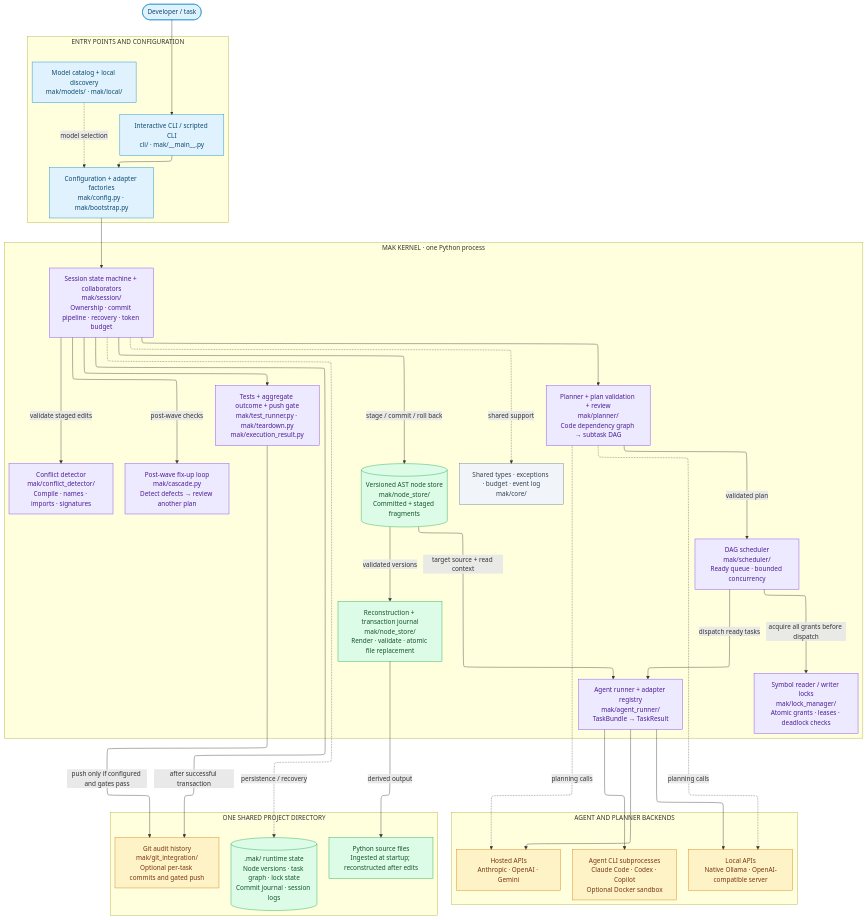
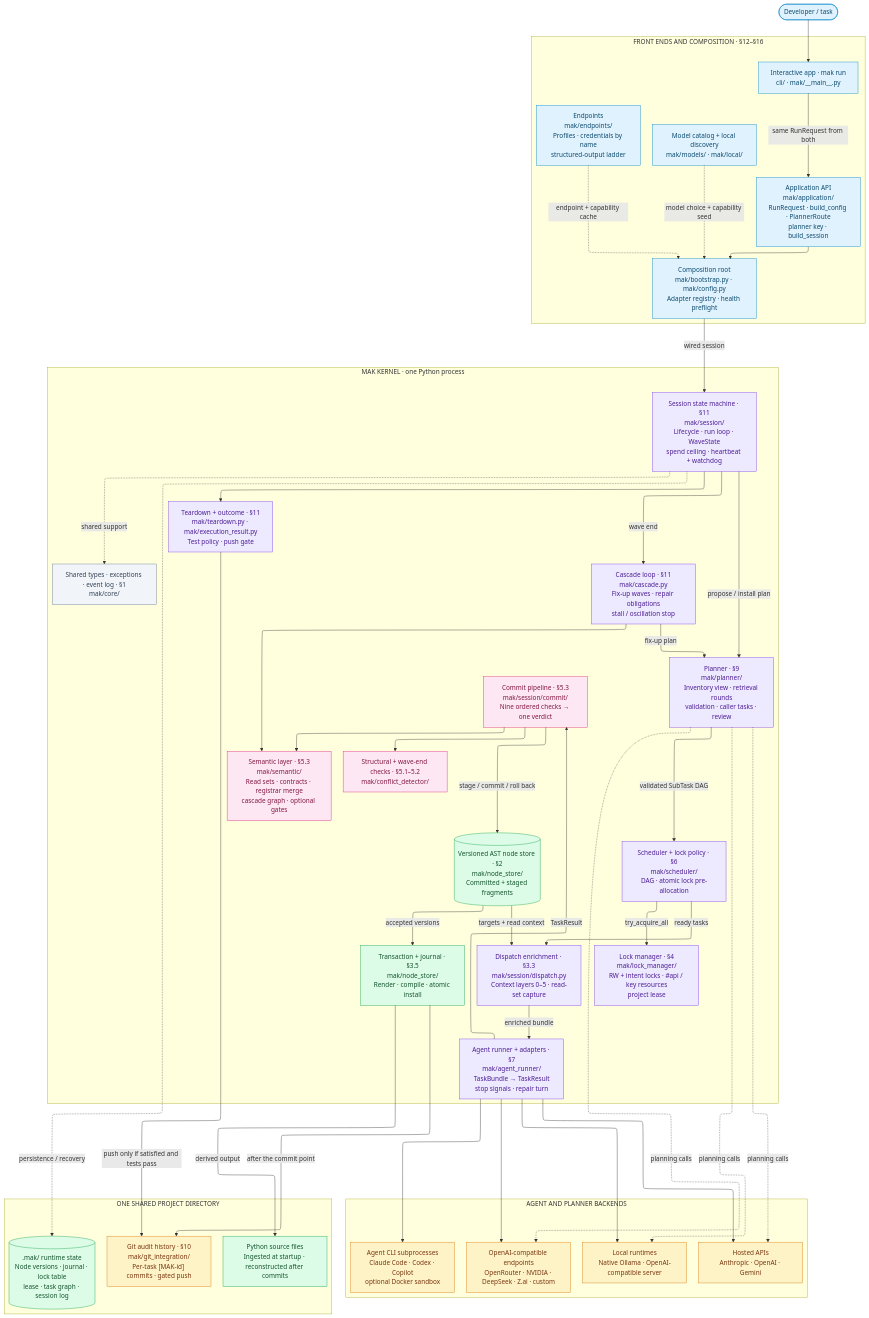
Before and after one commit to chaseungjoon/multi-agent-kernel: the diagram in diagram/architecture.mmd, drawn with Mermaid. The commit also changed 6 other files, not shown here.

Commit message:
Update diagrams

```diff
--- a/diagram/architecture.mmd
+++ b/diagram/architecture.mmd
@@ -1,74 +1,89 @@
 ---
 config:
   layout: elk
 ---
-%% Component architecture. Arrows show calls or data flow; dotted lines show support.
+%% Component architecture. Solid arrows show calls or data flow; dotted lines show support.
 flowchart TB
     user([Developer / task])
 
-    subgraph entry["ENTRY POINTS AND CONFIGURATION"]
+    subgraph entry["FRONT ENDS AND COMPOSITION · §12–§16"]
         direction LR
-        cli["Interactive CLI / scripted CLI<br/>cli/ · mak/__main__.py"]
-        setup["Configuration + adapter factories<br/>mak/config.py · mak/bootstrap.py"]
-        models["Model catalog + local discovery<br/>mak/models/ · mak/local/"]
-        cli --> setup
-        models -. model selection .-> setup
+        cli["Interactive app · mak run<br/>cli/ · mak/__main__.py"]
+        app["Application API<br/>mak/application/<br/>RunRequest · build_config · PlannerRoute<br/>planner key · build_session"]
+        boot["Composition root<br/>mak/bootstrap.py · mak/config.py<br/>Adapter registry · health preflight"]
+        catalog["Model catalog + local discovery<br/>mak/models/ · mak/local/"]
+        endpoints["Endpoints<br/>mak/endpoints/<br/>Profiles · credentials by name<br/>structured-output ladder"]
+        cli -->|same RunRequest from both| app
+        app --> boot
+        catalog -. model choice + capability seed .-> boot
+        endpoints -. endpoint + capability cache .-> boot
     end
 
     subgraph kernel["MAK KERNEL · one Python process"]
-        session["Session state machine + collaborators<br/>mak/session/<br/>Ownership · commit pipeline · recovery · token budget"]
-        planner["Planner + plan validation + review<br/>mak/planner/<br/>Code dependency graph → subtask DAG"]
-        scheduler["DAG scheduler<br/>mak/scheduler/<br/>Ready queue · bounded concurrency"]
-        locks["Symbol reader / writer locks<br/>mak/lock_manager/<br/>Atomic grants · leases · deadlock checks"]
-        runner["Agent runner + adapter registry<br/>mak/agent_runner/<br/>TaskBundle → TaskResult"]
-        detector["Conflict detector<br/>mak/conflict_detector/<br/>Compile · names · imports · signatures"]
-        store[("Versioned AST node store<br/>mak/node_store/<br/>Committed + staged fragments")]
-        materialize["Reconstruction + transaction journal<br/>mak/node_store/<br/>Render · validate · atomic file replacement"]
-        cascade["Post-wave fix-up loop<br/>mak/cascade.py<br/>Detect defects → review another plan"]
-        teardown["Tests + aggregate outcome + push gate<br/>mak/test_runner.py · mak/teardown.py<br/>mak/execution_result.py"]
-        core["Shared types · exceptions · budget · event log<br/>mak/core/"]
+        session["Session state machine · §11<br/>mak/session/<br/>Lifecycle · run loop · WaveState<br/>spend ceiling · heartbeat + watchdog"]
+        planner["Planner · §9<br/>mak/planner/<br/>Inventory view · retrieval rounds<br/>validation · caller tasks · review"]
+        scheduler["Scheduler + lock policy · §6<br/>mak/scheduler/<br/>DAG · atomic lock pre-allocation"]
+        locks["Lock manager · §4<br/>mak/lock_manager/<br/>RW + intent locks · #api / key resources<br/>project lease"]
+        dispatch["Dispatch enrichment · §3.3<br/>mak/session/dispatch.py<br/>Context layers 0–5 · read-set capture"]
+        runner["Agent runner + adapters · §7<br/>mak/agent_runner/<br/>TaskBundle → TaskResult<br/>stop signals · repair turn"]
+        pipeline["Commit pipeline · §5.3<br/>mak/session/commit/<br/>Nine ordered checks → one verdict"]
+        semantic["Semantic layer · §5.3<br/>mak/semantic/<br/>Read sets · contracts · registrar merge<br/>cascade graph · optional gates"]
+        detector["Structural + wave-end checks · §5.1–5.2<br/>mak/conflict_detector/"]
+        store[("Versioned AST node store · §2<br/>mak/node_store/<br/>Committed + staged fragments")]
+        txn["Transaction + journal · §3.5<br/>mak/node_store/<br/>Render · compile · atomic install"]
+        cascade["Cascade loop · §11<br/>mak/cascade.py<br/>Fix-up waves · repair obligations<br/>stall / oscillation stop"]
+        teardown["Teardown + outcome · §11<br/>mak/teardown.py · mak/execution_result.py<br/>Test policy · push gate"]
+        core["Shared types · exceptions · event log · §1<br/>mak/core/"]
 
-        session --> planner
-        planner -->|validated plan| scheduler
-        scheduler -->|acquire all grants before dispatch| locks
-        scheduler -->|dispatch ready tasks| runner
-        store -->|target source + read context| runner
-        session -->|validate staged edits| detector
-        session -->|stage / commit / roll back| store
-        store -->|validated versions| materialize
+        session -->|propose / install plan| planner
+        planner -->|validated SubTask DAG| scheduler
+        scheduler -->|try_acquire_all| locks
+        scheduler -->|ready tasks| dispatch
+        store -->|targets + read context| dispatch
+        dispatch -->|enriched bundle| runner
+        runner -->|TaskResult| pipeline
+        pipeline --> semantic
+        pipeline --> detector
+        pipeline -->|stage / commit / roll back| store
+        store -->|accepted versions| txn
+        session -->|wave end| cascade
+        cascade -->|fix-up plan| planner
+        cascade --> semantic
         session --> teardown
-        session -->|post-wave checks| cascade
         session -. shared support .-> core
     end
 
     subgraph backends["AGENT AND PLANNER BACKENDS"]
-        api["Hosted APIs<br/>Anthropic · OpenAI · Gemini"]
-        local["Local APIs<br/>Native Ollama · OpenAI-compatible server"]
-        subprocess["Agent CLI subprocesses<br/>Claude Code · Codex · Copilot<br/>Optional Docker sandbox"]
+        hosted["Hosted APIs<br/>Anthropic · OpenAI · Gemini"]
+        compat["OpenAI-compatible endpoints<br/>OpenRouter · NVIDIA · DeepSeek · Z.ai · custom"]
+        local["Local runtimes<br/>Native Ollama · OpenAI-compatible server"]
+        subprocess["Agent CLI subprocesses<br/>Claude Code · Codex · Copilot<br/>optional Docker sandbox"]
     end
 
     subgraph project["ONE SHARED PROJECT DIRECTORY"]
-        files["Python source files<br/>Ingested at startup; reconstructed after edits"]
-        state[(".mak/ runtime state<br/>Node versions · task graph · lock state<br/>Commit journal · session logs")]
-        git["Git audit history<br/>mak/git_integration/<br/>Optional per-task commits and gated push"]
+        files["Python source files<br/>Ingested at startup · reconstructed after commits"]
+        state[(".mak/ runtime state<br/>Node versions · journal · lock table<br/>lease · task graph · session log")]
+        git["Git audit history · §10<br/>mak/git_integration/<br/>Per-task [MAK-id] commits · gated push"]
     end
 
     user --> cli
-    setup --> session
-    runner --> api & local & subprocess
-    planner -. planning calls .-> api & local
-    materialize -->|derived output| files
+    boot -->|wired session| session
+    runner --> hosted & compat & local & subprocess
+    planner -. planning calls .-> hosted & compat & local
+    txn -->|derived output| files
     session -. persistence / recovery .-> state
-    session -->|after successful transaction| git
-    teardown -->|push only if configured and gates pass| git
+    txn -->|after the commit point| git
+    teardown -->|push only if satisfied and tests pass| git
 
     classDef entry_style fill:#e0f2fe,stroke:#0284c7,color:#0c4a6e
     classDef control fill:#ede9fe,stroke:#7c3aed,color:#4c1d95
+    classDef check fill:#fce7f3,stroke:#db2777,color:#831843
     classDef data fill:#dcfce7,stroke:#16a34a,color:#14532d
     classDef external fill:#fef3c7,stroke:#d97706,color:#78350f
     classDef support fill:#f1f5f9,stroke:#64748b,color:#334155
-    class user,cli,setup,models entry_style
-    class session,planner,scheduler,locks,runner,detector,cascade,teardown control
-    class store,materialize,files,state data
-    class api,local,subprocess,git external
+    class user,cli,app,boot,catalog,endpoints entry_style
+    class session,planner,scheduler,locks,dispatch,runner,cascade,teardown control
+    class pipeline,semantic,detector check
+    class store,txn,files,state data
+    class hosted,compat,local,subprocess,git external
     class core support
```
